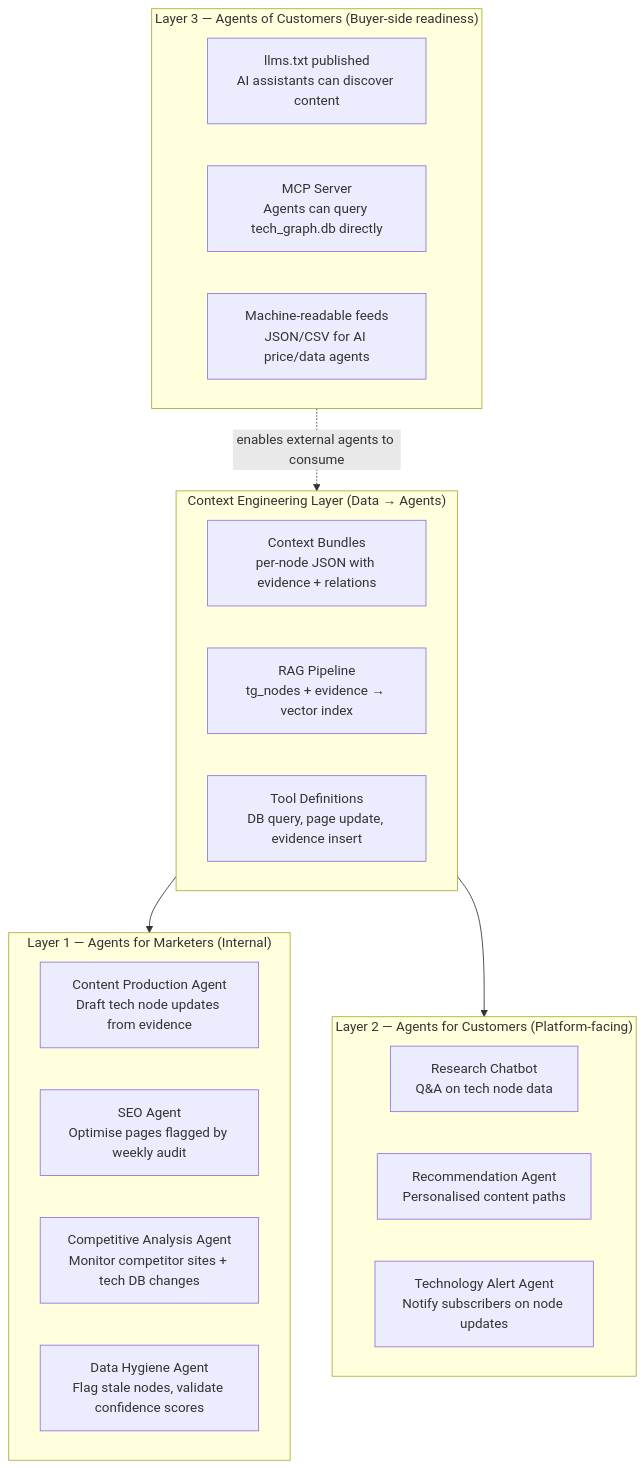
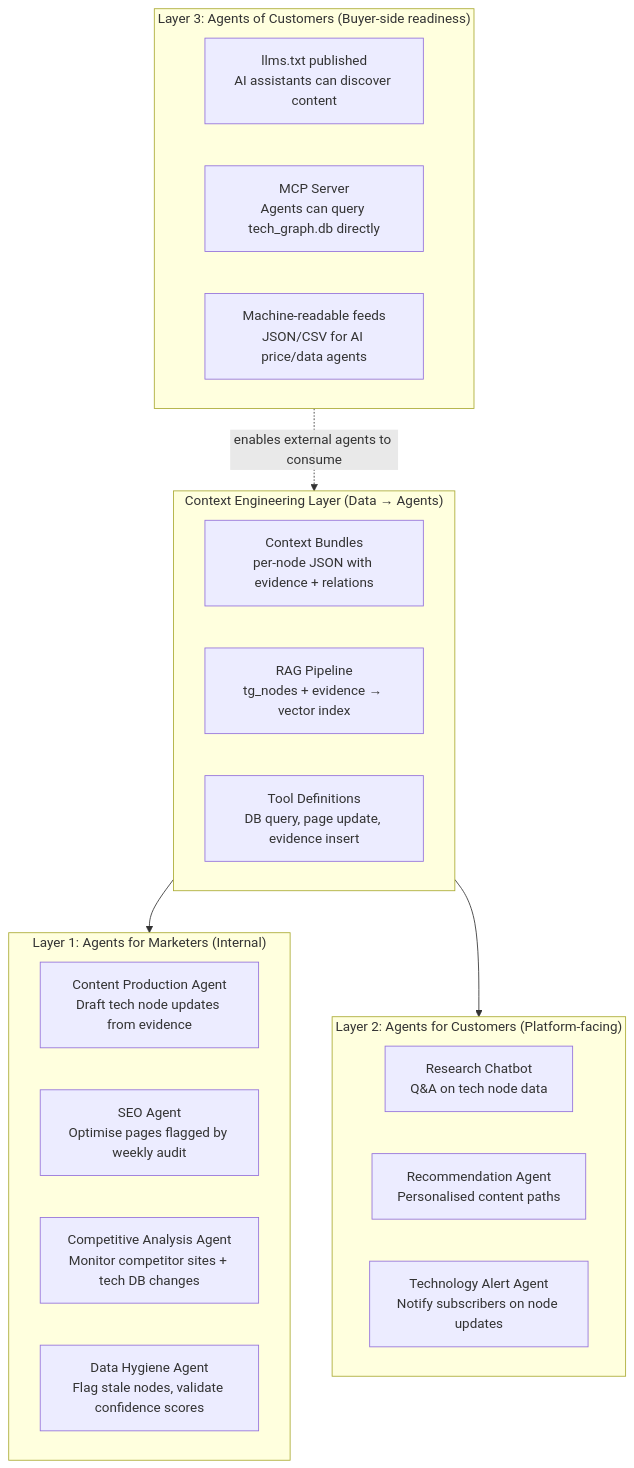
Before and after one commit to mengliang10/future: the first of 6 diagrams in enhancements/16-agentic-martech-stack.md, drawn with Mermaid. The commit also changed other lines of this file and 348 other files, not shown here.

Commit message:
Global removal of em-dashes, homepage section reordering, and flow improvements

````diff
--- a/enhancements/16-agentic-martech-stack.md
+++ b/enhancements/16-agentic-martech-stack.md
@@ -15,31 +15,31 @@
 ```mermaid
 graph TD
-    subgraph Layer1["Layer 1 — Agents for Marketers (Internal)"]
+    subgraph Layer1["Layer 1: Agents for Marketers (Internal)"]
         CONTENT_AGENT[Content Production Agent\nDraft tech node updates from evidence]
         SEO_AGENT[SEO Agent\nOptimise pages flagged by weekly audit]
         COMPETITIVE[Competitive Analysis Agent\nMonitor competitor sites + tech DB changes]
         DATAHYGIENE[Data Hygiene Agent\nFlag stale nodes, validate confidence scores]
     end
 
-    subgraph Layer2["Layer 2 — Agents for Customers (Platform-facing)"]
+    subgraph Layer2["Layer 2: Agents for Customers (Platform-facing)"]
         CHATBOT[Research Chatbot\nQ&A on tech node data]
         RECO_AGENT[Recommendation Agent\nPersonalised content paths]
         ALERT_AGENT[Technology Alert Agent\nNotify subscribers on node updates]
     end
 
-    subgraph Layer3["Layer 3 — Agents of Customers (Buyer-side readiness)"]
+    subgraph Layer3["Layer 3: Agents of Customers (Buyer-side readiness)"]
         LLMSTXT[llms.txt published\nAI assistants can discover content]
         MCP_SERVER[MCP Server\nAgents can query tech_graph.db directly]
         MACHINE_FEED[Machine-readable feeds\nJSON/CSV for AI price/data agents]
     end
 
     subgraph Context["Context Engineering Layer (Data → Agents)"]
         CTX_BUNDLE[Context Bundles\nper-node JSON with evidence + relations]
         RAG[RAG Pipeline\ntg_nodes + evidence → vector index]
         TOOLS[Tool Definitions\nDB query, page update, evidence insert]
     end
 
     Context --> Layer1
     Context --> Layer2
     Layer3 -.->|enables external agents to consume| Context
 ```
````
